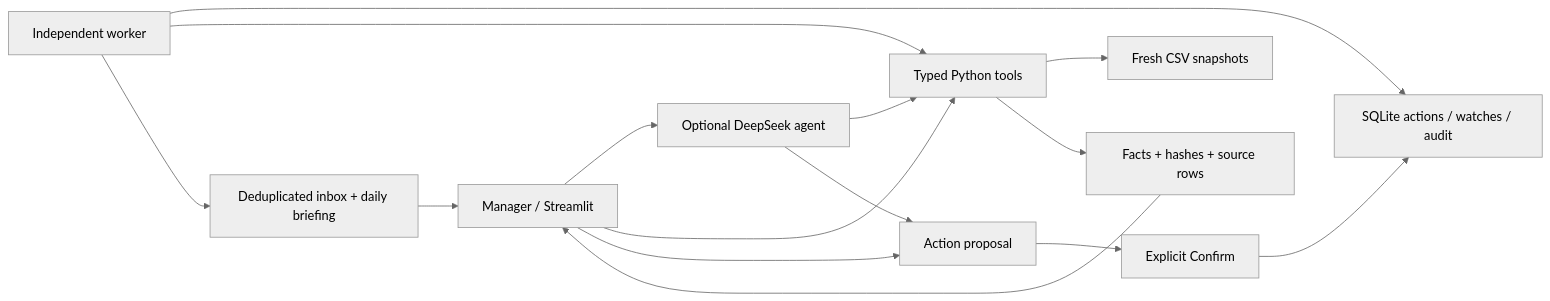
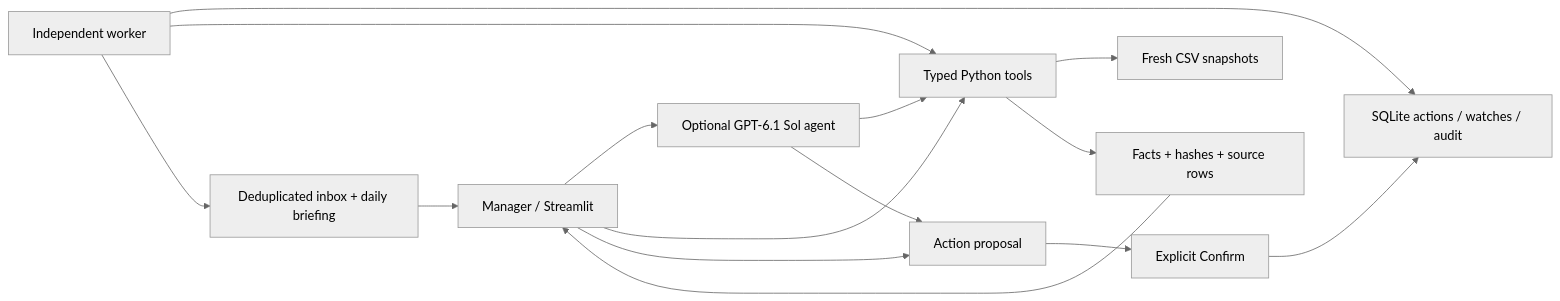
The diagram in docs/ARCHITECTURE.md (wydnusdss26/DSS5105-Group15-Project), drawn with Mermaid (neutral theme) before and after one commit. The commit also changed other lines of this file and 26 other files, not shown here.

````diff
--- a/docs/ARCHITECTURE.md
+++ b/docs/ARCHITECTURE.md
@@ -5,17 +5,17 @@
 ```mermaid
 flowchart LR
-    U[Manager / Streamlit] --> A[Optional DeepSeek agent]
+    U[Manager / Streamlit] --> A[Optional GPT-6.1 Sol agent]
     U --> T[Typed Python tools]
     A --> T
     T --> D[Fresh CSV snapshots]
     T --> E[Facts + hashes + source rows]
     E --> U
     A --> P[Action proposal]
     U --> P
     P --> C[Explicit Confirm]
     C --> S[SQLite actions / watches / audit]
     W[Independent worker] --> S
     W --> T
     W --> I[Deduplicated inbox + daily briefing]
     I --> U
 ```
````
